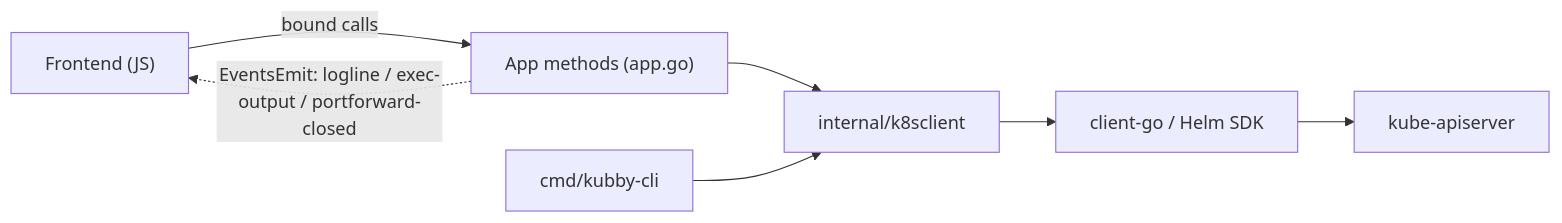
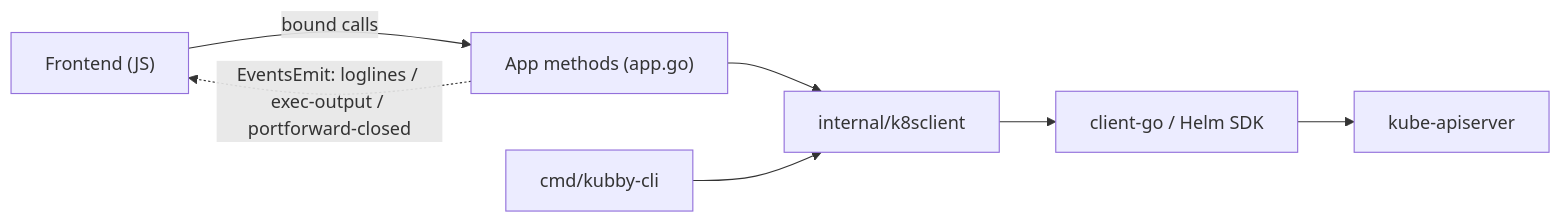
Before and after one commit to huynguyenquangce/Kubby: the diagram in src/kubby/ARCHITECTURE.md, drawn with Mermaid. The commit also changed other lines of this file and 36 other files, not shown here.

````diff
--- a/src/kubby/ARCHITECTURE.md
+++ b/src/kubby/ARCHITECTURE.md
@@ -33,9 +33,9 @@
 ```mermaid
 flowchart LR
     UI["Frontend (JS)"] -->|bound calls| App["App methods (app.go)"]
     App --> K8s["internal/k8sclient"]
     K8s --> CG["client-go / Helm SDK"]
     CG --> API["kube-apiserver"]
-    App -.->|EventsEmit: logline / exec-output / portforward-closed| UI
+    App -.->|EventsEmit: loglines / exec-output / portforward-closed| UI
     CLI["cmd/kubby-cli"] --> K8s
 ```
````
